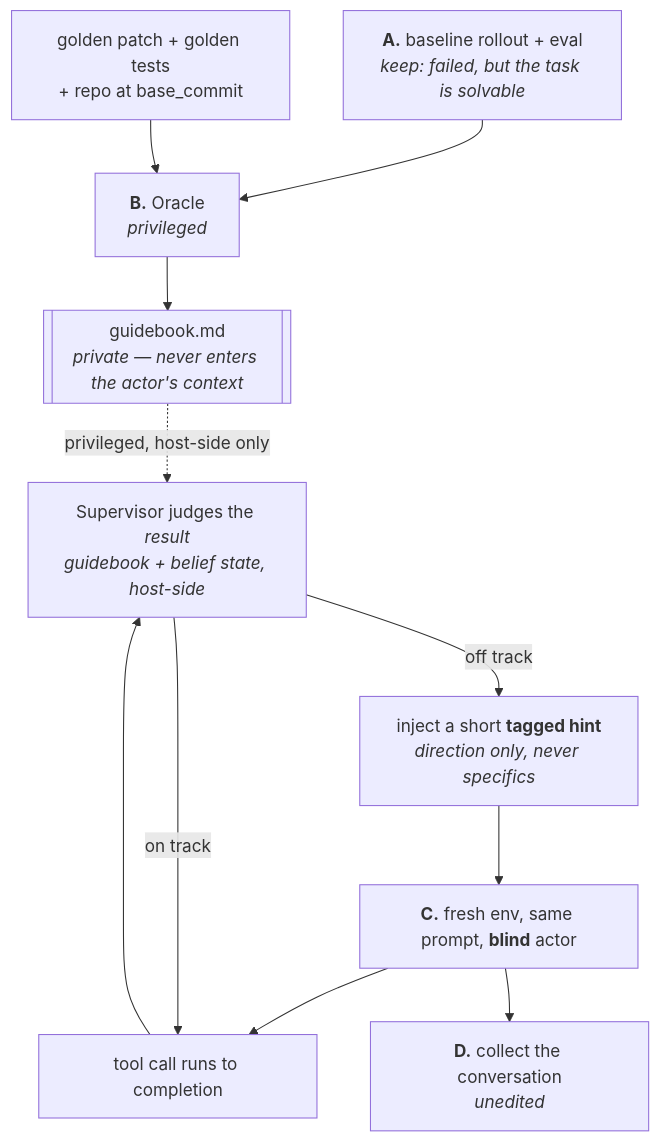
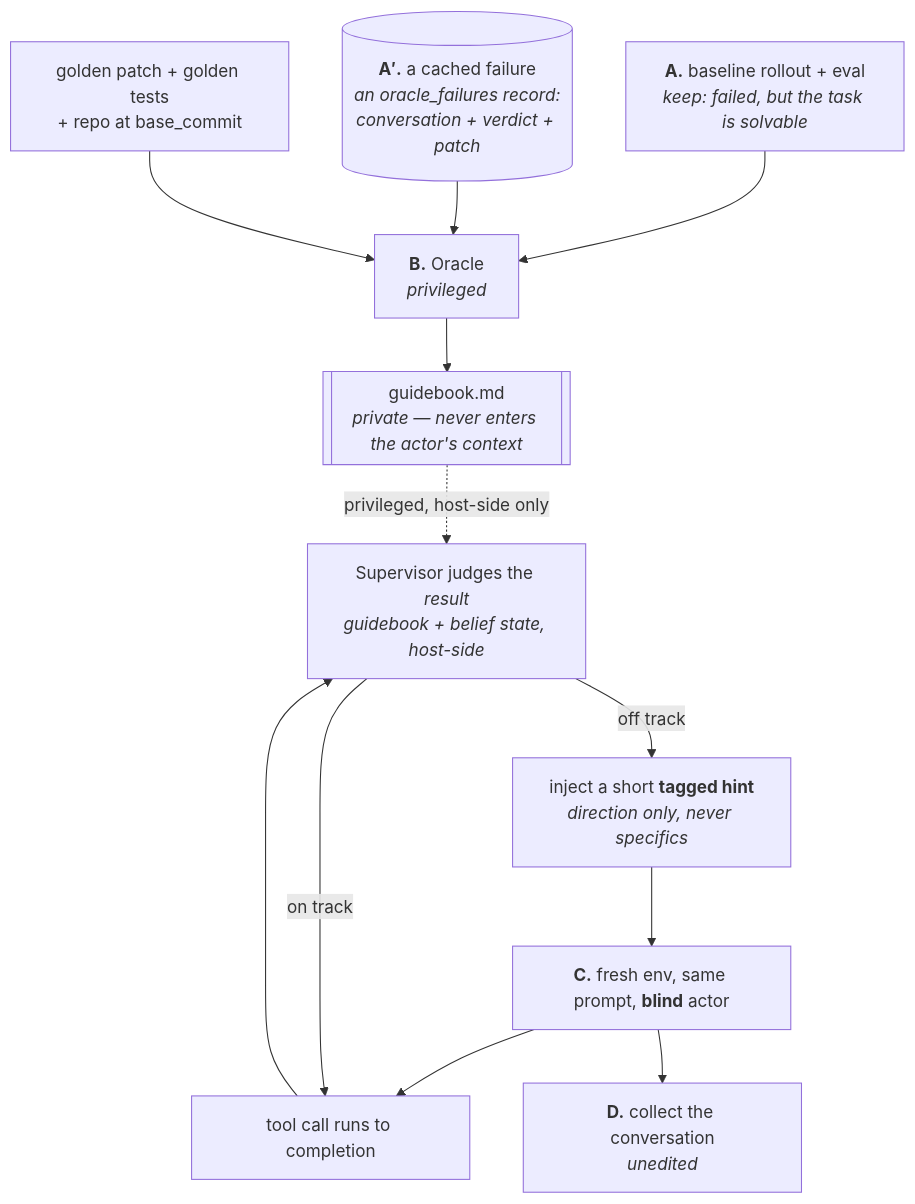
Before and after one commit to Luolc/swe-lab: the diagram in docs/trace-synthesis/spec.md, drawn with Mermaid. The commit also changed other lines of this file and 14 other files, not shown here.

````diff
--- a/docs/trace-synthesis/spec.md
+++ b/docs/trace-synthesis/spec.md
@@ -72,21 +75,23 @@
 ```mermaid
 flowchart TD
   A["<b>A.</b> baseline rollout + eval<br/><i>keep: failed, but the task is solvable</i>"]
+  F[("<b>A′.</b> a cached failure<br/><i>an oracle_failures record:<br/>conversation + verdict + patch</i>")]
   G["golden patch + golden tests<br/>+ repo at base_commit"]
   B["<b>B.</b> Oracle<br/><i>privileged</i>"]
   GB[["guidebook.md<br/><i>private — never enters the actor's context</i>"]]
   C["<b>C.</b> fresh env, same prompt, <b>blind</b> actor"]
   T["tool call runs to completion"]
   S["Supervisor judges the <i>result</i><br/><i>guidebook + belief state, host-side</i>"]
   H["inject a short <b>tagged hint</b><br/><i>direction only, never specifics</i>"]
   D["<b>D.</b> collect the conversation<br/><i>unedited</i>"]
 
   A --> B
+  F --> B
   G --> B
   B --> GB
   GB -.privileged, host-side only.-> S
   C --> T --> S
   S -->|on track| T
   S -->|off track| H --> C
   C --> D
 ```
````
